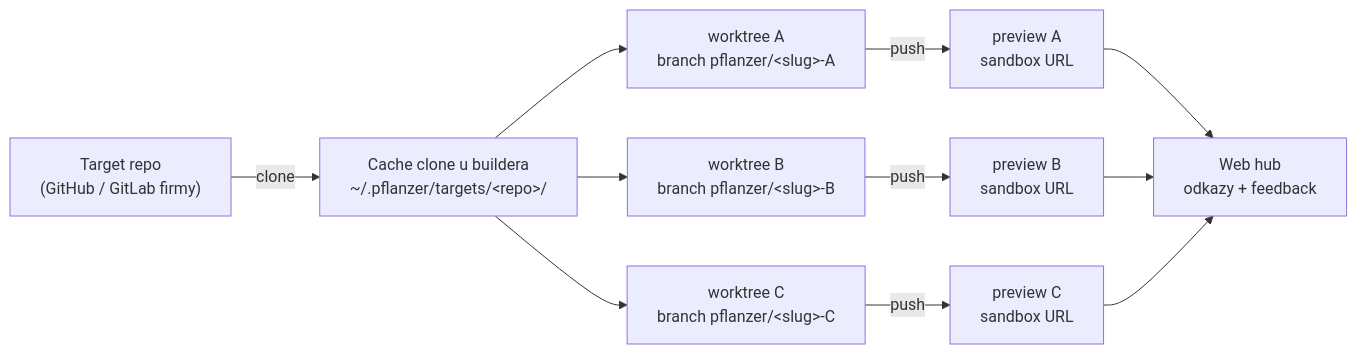
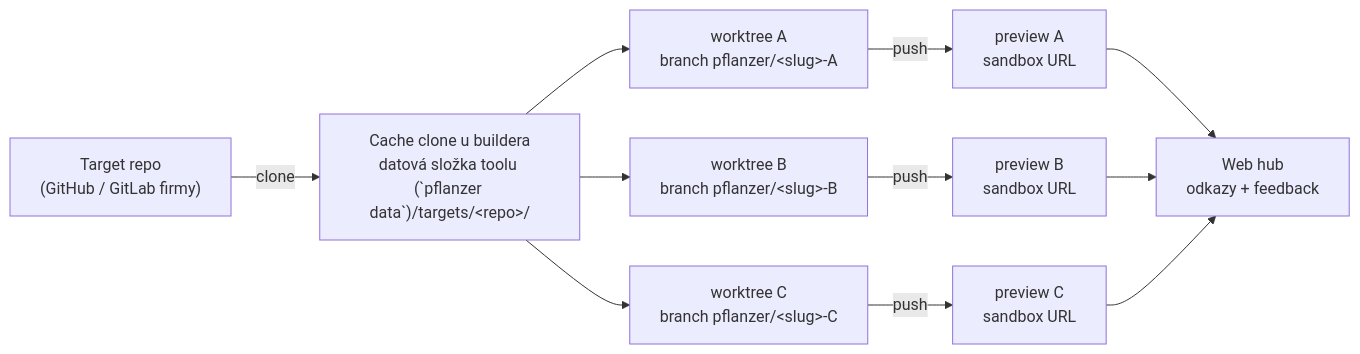
One commit to gizmax/PflanzerMethod changed the third of 3 diagrams in docs/postup.md. Above: the diagram before and after it, drawn with Mermaid. The commit also changed 2 other files, not shown here.

Commit message:
fix(commands): Ship nehledá worktree ručně v ~/.pflanzer — cestu řeší tool (PFLANZER_DATA)

````diff
--- a/docs/postup.md
+++ b/docs/postup.md
@@ -84,19 +84,19 @@
 ```mermaid
 flowchart LR
     T["Target repo<br/>(GitHub / GitLab firmy)"]
-    C["Cache clone u buildera<br/>~/.pflanzer/targets/&lt;repo&gt;/"]
+    C["Cache clone u buildera<br/>datová složka toolu (`pflanzer data`)/targets/&lt;repo&gt;/"]
     WA["worktree A<br/>branch pflanzer/&lt;slug&gt;-A"]
     WB["worktree B<br/>branch pflanzer/&lt;slug&gt;-B"]
     WC["worktree C<br/>branch pflanzer/&lt;slug&gt;-C"]
     PA["preview A<br/>sandbox URL"]
     PB["preview B<br/>sandbox URL"]
     PC["preview C<br/>sandbox URL"]
     H["Web hub<br/>odkazy + feedback"]
 
     T -- clone --> C
     C --> WA & WB & WC
     WA -- push --> PA
     WB -- push --> PB
     WC -- push --> PC
     PA & PB & PC --> H
 ```
````
